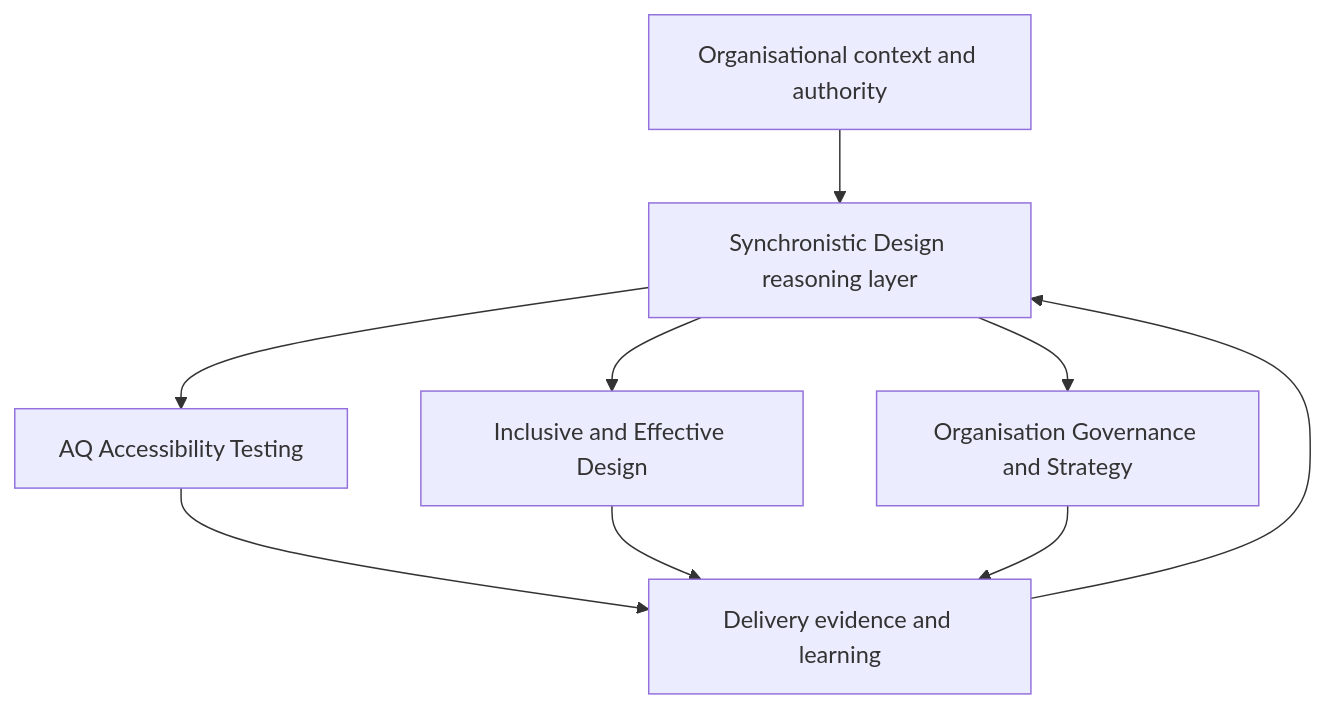
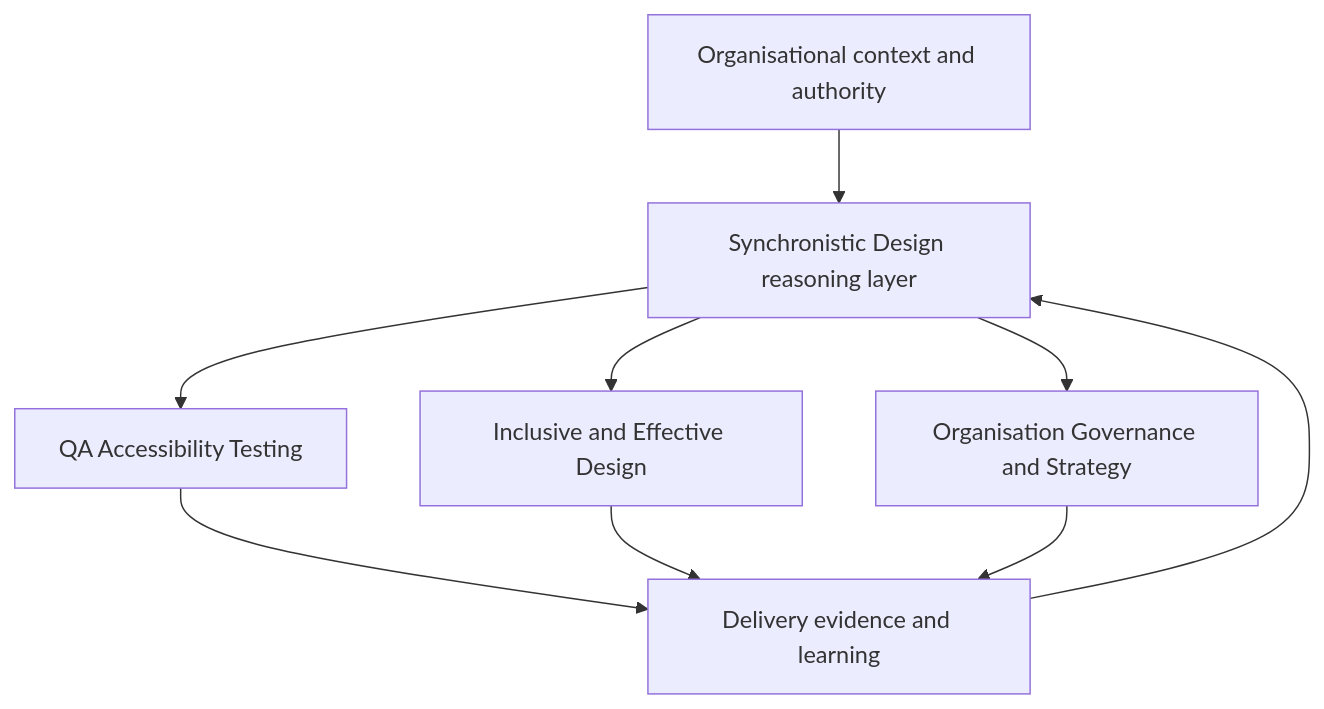
The diagram in Synchronistic_Design_Formal_Operating_Model_v0.1.md (Double-FW/Synchronistic-Design-Formal-Operating-Model), drawn with Mermaid before and after one commit. The commit also changed other lines of this file, not shown here.

````diff
--- a/Synchronistic_Design_Formal_Operating_Model_v0.1.md
+++ b/Synchronistic_Design_Formal_Operating_Model_v0.1.md
@@ -38,11 +40,11 @@
 ```mermaid
 flowchart TD
     A["Organisational context and authority"] --> B["Synchronistic Design reasoning layer"]
-    B --> C["AQ Accessibility Testing"]
+    B --> C["QA Accessibility Testing"]
     B --> D["Inclusive and Effective Design"]
     B --> E["Organisation Governance and Strategy"]
     C --> F["Delivery evidence and learning"]
     D --> F
     E --> F
     F --> B
 ```
````
